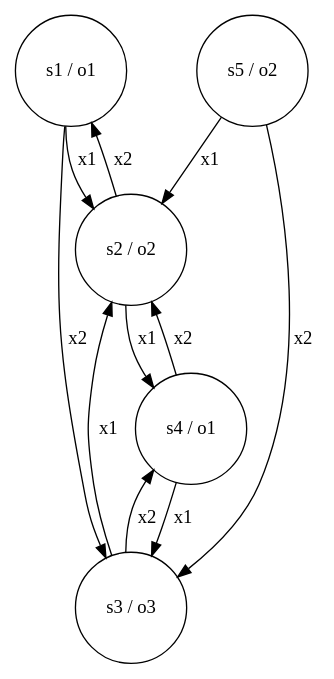
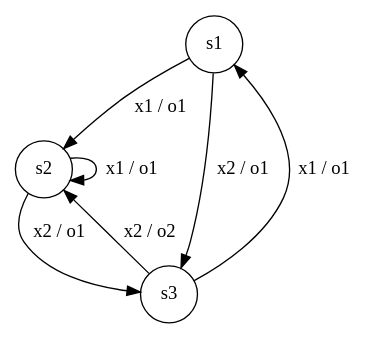
Before and after one commit to iandreyshev/AutomataTheory: the diagram in Automata/minimized_machine.dot, drawn with Graphviz. The commit also changed 12 other files, not shown here.

```diff
--- a/Automata/minimized_machine.dot
+++ b/Automata/minimized_machine.dot
@@ -1,17 +1,11 @@
 digraph G{
-1 [shape="circle"label="s1 / o1"];
-1->2 [label="x1 "];
-1->3 [label="x2 "];
-2 [shape="circle"label="s2 / o2"];
-2->4 [label="x1 "];
-2->1 [label="x2 "];
-3 [shape="circle"label="s3 / o3"];
-3->2 [label="x1 "];
-3->4 [label="x2 "];
-4 [shape="circle"label="s4 / o1"];
-4->3 [label="x1 "];
-4->2 [label="x2 "];
-5 [shape="circle"label="s5 / o2"];
-5->2 [label="x1 "];
-5->3 [label="x2 "];
+1 [shape="circle"label="s1"];
+1->2 [label="x1 / o1 "];
+1->3 [label="x2 / o1 "];
+2 [shape="circle"label="s2"];
+2->2 [label="x1 / o1 "];
+2->3 [label="x2 / o1 "];
+3 [shape="circle"label="s3"];
+3->1 [label="x1 / o1 "];
+3->2 [label="x2 / o2 "];
 }
```
